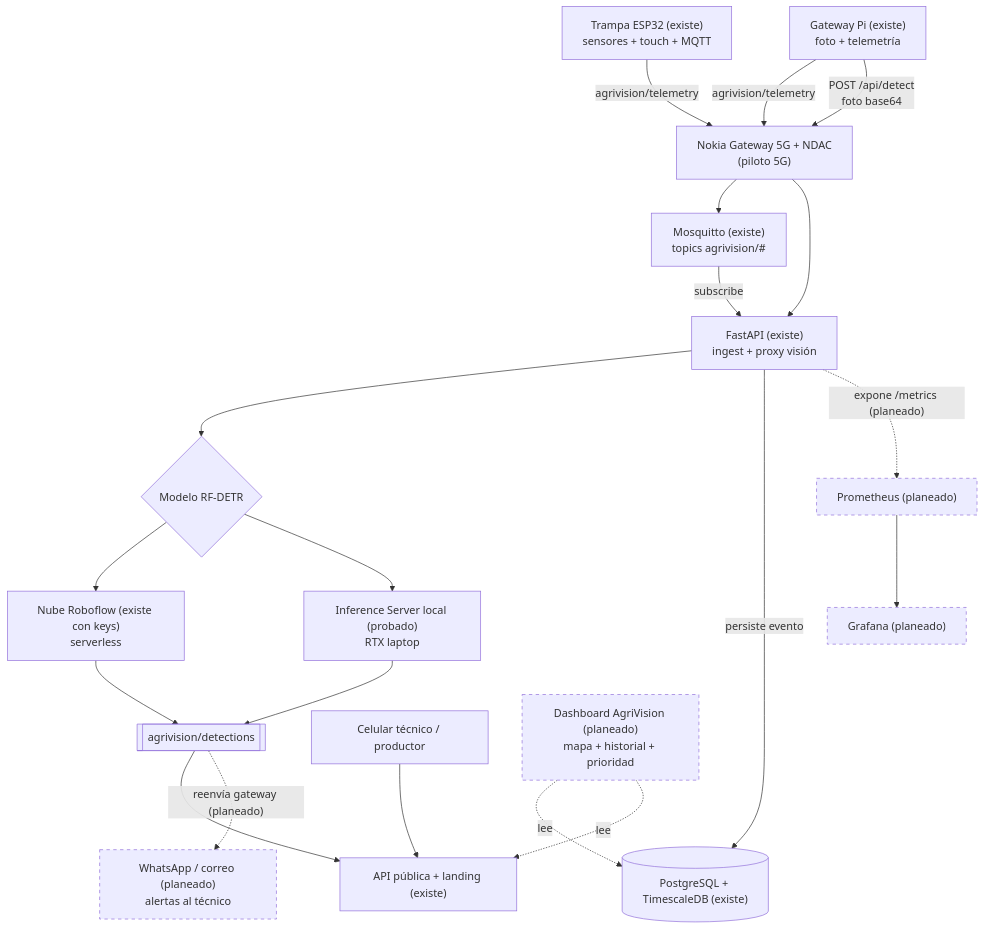
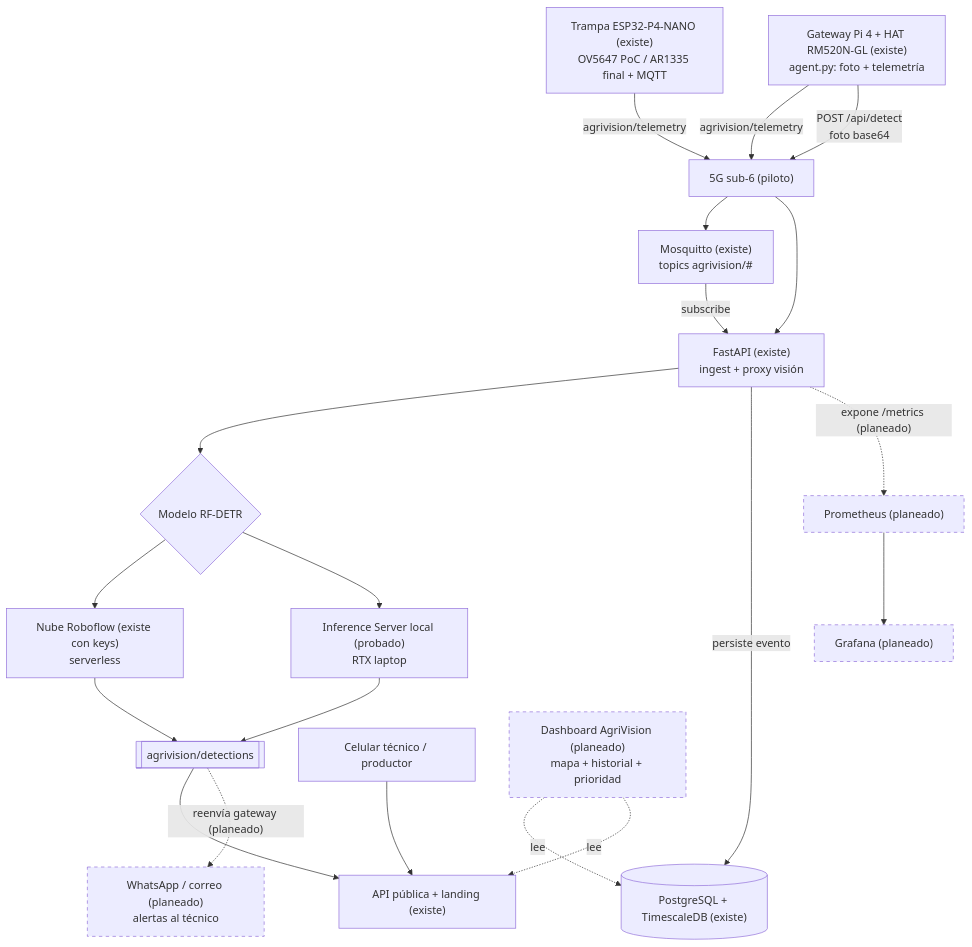
The first of 2 diagrams in docs-site/docs/explanation/arquitectura.md (vertivolatam/hackathon-5g-2026), drawn with Mermaid before and after one commit. The commit also changed 35 other files, not shown here.

````diff
--- a/docs-site/docs/explanation/arquitectura.md
+++ b/docs-site/docs/explanation/arquitectura.md
@@ -9,25 +9,25 @@
 ```mermaid
 graph TD
-    T["Trampa ESP32 (existe)<br/>sensores + touch + MQTT"] -->|agrivision/telemetry| N5
-    G["Gateway Pi (existe)<br/>foto + telemetría"] -->|agrivision/telemetry| N5
+    T["Trampa ESP32-P4-NANO (existe)<br/>OV5647 PoC / AR1335 final + MQTT"] -->|agrivision/telemetry| N5
+    G["Gateway Pi 4 + HAT RM520N-GL (existe)<br/>agent.py: foto + telemetría"] -->|agrivision/telemetry| N5
     G -->|POST /api/detect<br/>foto base64| N5
-    N5["Nokia Gateway 5G + NDAC<br/>(piloto 5G)"] --> M
+    N5["5G sub-6 (piloto)"] --> M
     N5 --> B
     M["Mosquitto (existe)<br/>topics agrivision/#"] -->|subscribe| B["FastAPI (existe)<br/>ingest + proxy visión"]
     B --> S{"Modelo RF-DETR"}
     S --> C["Nube Roboflow (existe con keys)<br/>serverless"]
     S --> L["Inference Server local (probado)<br/>RTX laptop"]
     C --> D[["agrivision/detections"]]
     L --> D
     B -->|persiste evento| P[("PostgreSQL + TimescaleDB (existe)")]
     B -. expone /metrics (planeado) .-> PR["Prometheus (planeado)"]
     PR --> GR["Grafana (planeado)"]
     D --> APIV["API pública + landing (existe)"]
     D -. reenvía gateway (planeado) .-> WA["WhatsApp / correo (planeado)<br/>alertas al técnico"]
     CEL["Celular técnico / productor"] --> APIV
     DASH["Dashboard AgriVision (planeado)<br/>mapa + historial + prioridad"] -. lee .-> P
     DASH -. lee .-> APIV
 
     classDef planeado stroke-dasharray:5 5;
     class PR,GR,WA,DASH planeado;
 ```
````
